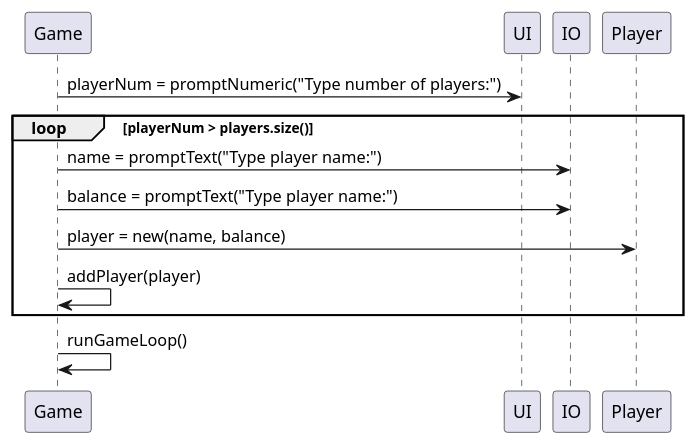
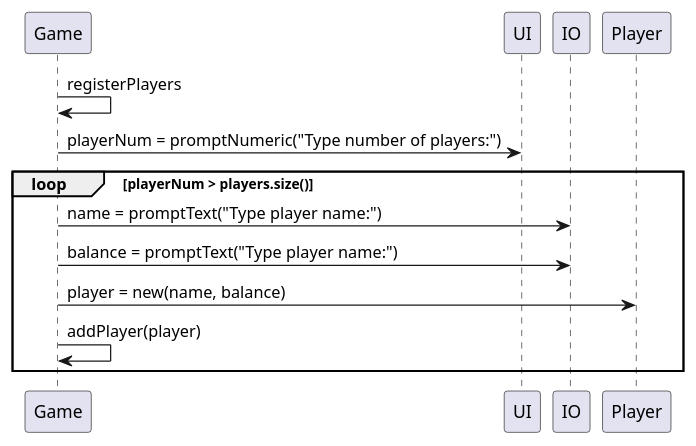
Before and after one commit to Dat1Cphbusiness/MonopolyE24: the diagram in doc/Plan/dynamic/sequence_uc2_registerPlayers.puml, drawn with PlantUML. The commit also changed 2 other files, not shown here.

```diff
--- a/doc/Plan/dynamic/sequence_uc2_registerPlayers.puml
+++ b/doc/Plan/dynamic/sequence_uc2_registerPlayers.puml
@@ -1,11 +1,11 @@
 @startuml
-
+Game -> Game:registerPlayers
 Game -> UI: playerNum = promptNumeric("Type number of players:")
 loop playerNum > players.size()
 Game -> IO: name = promptText("Type player name:")
 Game -> IO: balance = promptText("Type player name:")
 Game -> Player: player = new(name, balance)
 Game -> Game: addPlayer(player)
 end
-Game -> Game: runGameLoop()
+
 @enduml
```
